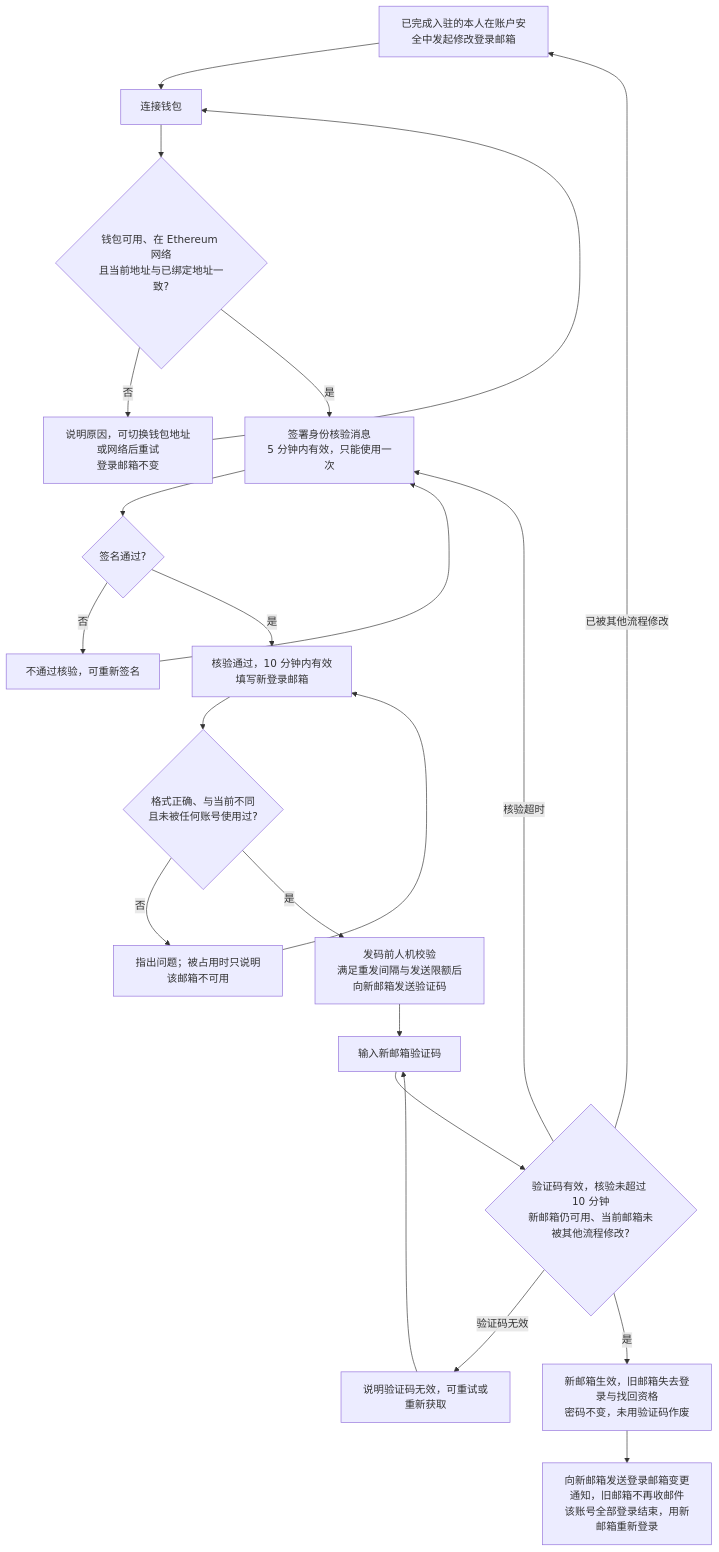
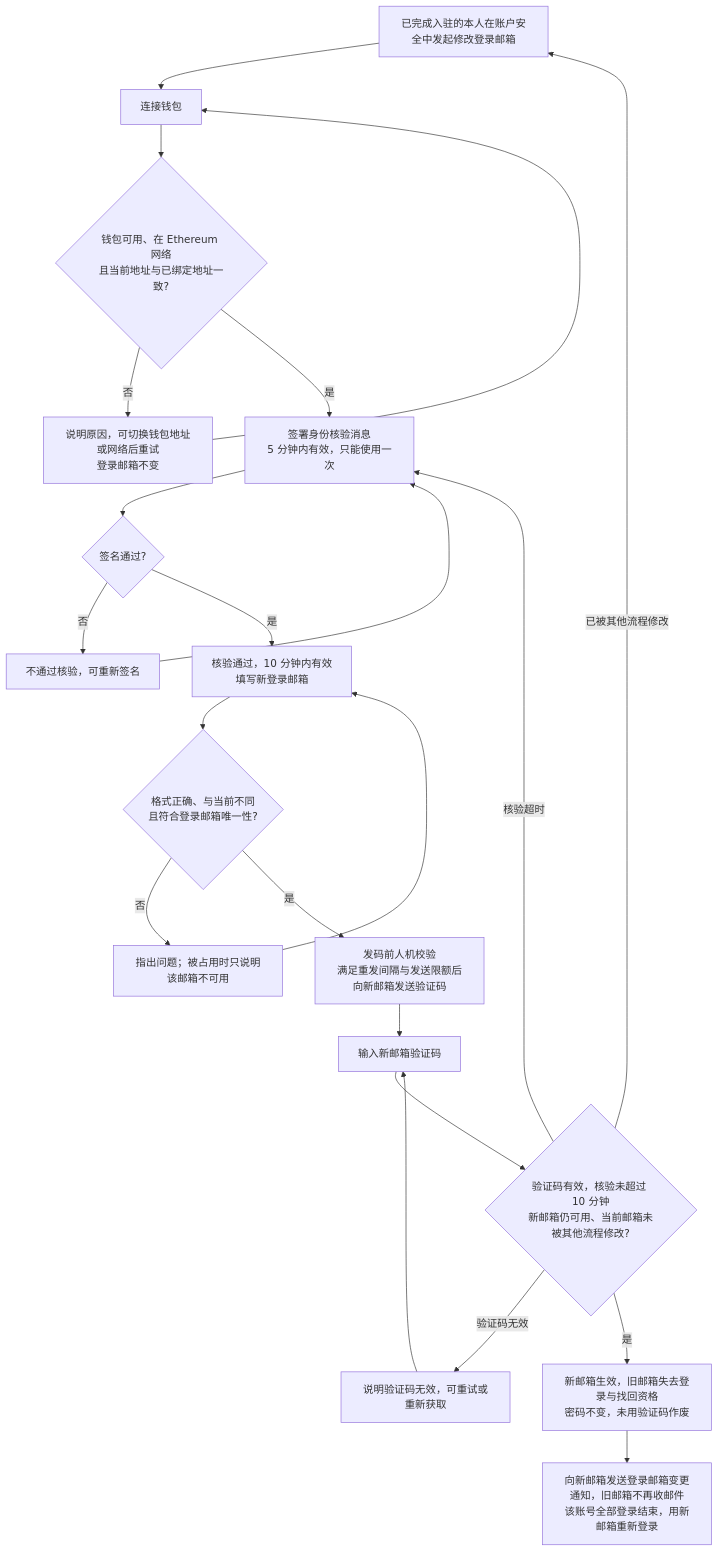
One commit to wxblockchain/Chain-Financing changed the seventh of 11 diagrams in asset-trust-platform/PRD/企业端/M1-企业登录与首次入驻/02-企业登录与首次入驻-流程图与状态机.md. Above: the diagram before and after it, drawn with Mermaid. The commit also changed other lines of this file and 4 other files, not shown here.

````diff
--- a/asset-trust-platform/PRD/企业端/M1-企业登录与首次入驻/02-企业登录与首次入驻-流程图与状态机.md
+++ b/asset-trust-platform/PRD/企业端/M1-企业登录与首次入驻/02-企业登录与首次入驻-流程图与状态机.md
@@ -201,24 +201,24 @@
 ```mermaid
 flowchart TD
     A[已完成入驻的本人在账户安全中发起修改登录邮箱] --> B[连接钱包]
     B --> B1{钱包可用、在 Ethereum 网络<br/>且当前地址与已绑定地址一致?}
     B1 -->|否| B2[说明原因，可切换钱包地址或网络后重试<br/>登录邮箱不变]
     B2 --> B
     B1 -->|是| C[签署身份核验消息<br/>5 分钟内有效，只能使用一次]
     C --> C1{签名通过?}
     C1 -->|否| C2[不通过核验，可重新签名]
     C2 --> C
     C1 -->|是| D[核验通过，10 分钟内有效<br/>填写新登录邮箱]
-    D --> D1{格式正确、与当前不同<br/>且未被任何账号使用过?}
+    D --> D1{格式正确、与当前不同<br/>且符合登录邮箱唯一性?}
     D1 -->|否| D2[指出问题；被占用时只说明该邮箱不可用]
     D2 --> D
     D1 -->|是| E[发码前人机校验<br/>满足重发间隔与发送限额后向新邮箱发送验证码]
     E --> F[输入新邮箱验证码]
     F --> F1{验证码有效，核验未超过 10 分钟<br/>新邮箱仍可用、当前邮箱未被其他流程修改?}
     F1 -->|验证码无效| F2[说明验证码无效，可重试或重新获取]
     F2 --> F
     F1 -->|核验超时| C
     F1 -->|已被其他流程修改| A
     F1 -->|是| G[新邮箱生效，旧邮箱失去登录与找回资格<br/>密码不变，未用验证码作废]
     G --> H[向新邮箱发送登录邮箱变更通知，旧邮箱不再收邮件<br/>该账号全部登录结束，用新邮箱重新登录]
 ```
````
